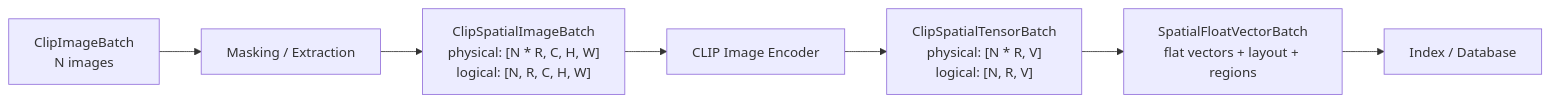
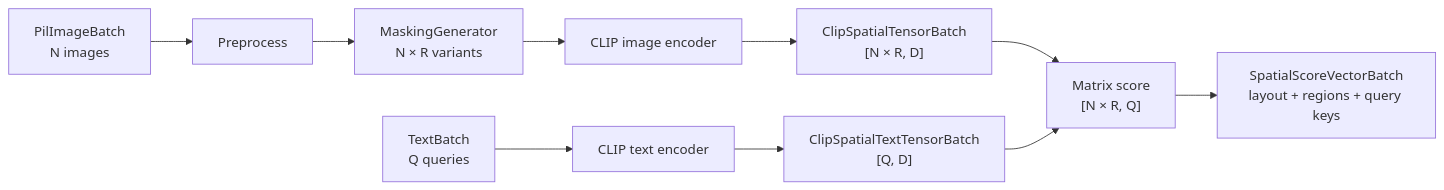
The diagram in packages/cscience-feature-clip-spatial/README.md (net-cscience/cscience-py-features-core), drawn with Mermaid before and after one commit. The commit also changed other lines of this file and 8 other files, not shown here.

````diff
--- a/packages/cscience-feature-clip-spatial/README.md
+++ b/packages/cscience-feature-clip-spatial/README.md
@@ -112,9 +18,14 @@
 ```mermaid
 flowchart LR
-    A["ClipImageBatch<br/>N images"] --> B["Masking / Extraction"]
-    B --> C["ClipSpatialImageBatch<br/>physical: [N * R, C, H, W]<br/>logical: [N, R, C, H, W]"]
-    C --> D["CLIP Image Encoder"]
-    D --> E["ClipSpatialTensorBatch<br/>physical: [N * R, V]<br/>logical: [N, R, V]"]
-    E --> F["SpatialFloatVectorBatch<br/>flat vectors + layout + regions"]
-    F --> G["Index / Database"]
+    I["PilImageBatch<br/>N images"] --> P["Preprocess"]
+    P --> M["MaskingGenerator<br/>N × R variants"]
+    M --> IE["CLIP image encoder"]
+    IE --> SV["ClipSpatialTensorBatch<br/>[N × R, D]"]
+
+    T["TextBatch<br/>Q queries"] --> TE["CLIP text encoder"]
+    TE --> TV["ClipSpatialTextTensorBatch<br/>[Q, D]"]
+
+    SV --> S["Matrix score<br/>[N × R, Q]"]
+    TV --> S
+    S --> O["SpatialScoreVectorBatch<br/>layout + regions + query keys"]
 ```
````
